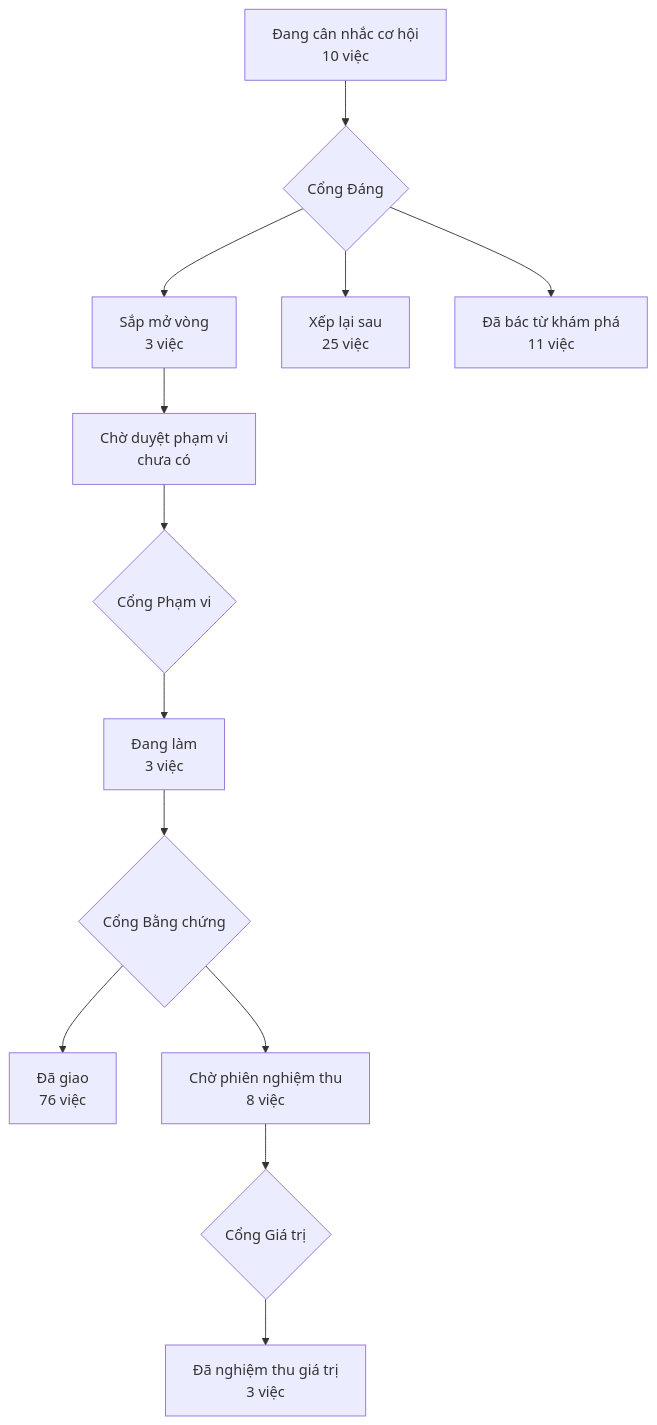
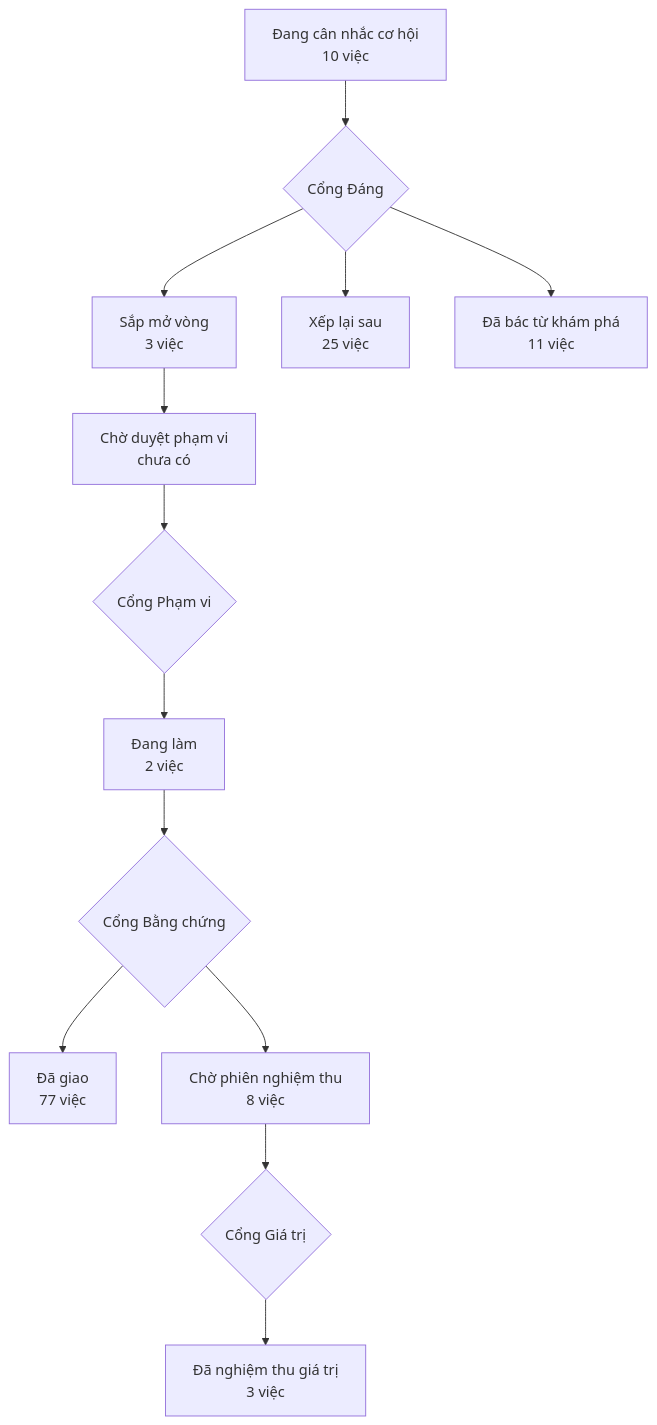
Before and after one commit to phanlemanh/acceptance-gate-kit: the diagram in PRODUCT-MAP.md, drawn with Mermaid. The commit also changed 4 other files, not shown here.

````diff
--- a/PRODUCT-MAP.md
+++ b/PRODUCT-MAP.md
@@ -6,12 +6,12 @@
 ```mermaid
 flowchart TD
   A["Đang cân nhắc cơ hội<br/>10 việc"] --> GD{"Cổng Đáng"}
   GD --> B["Sắp mở vòng<br/>3 việc"]
   GD --> XL["Xếp lại sau<br/>25 việc"]
   GD --> DB["Đã bác từ khám phá<br/>11 việc"]
   B --> CD["Chờ duyệt phạm vi<br/>chưa có"] --> GP{"Cổng Phạm vi"}
-  GP --> DL["Đang làm<br/>3 việc"] --> GB{"Cổng Bằng chứng"}
-  GB --> DG["Đã giao<br/>76 việc"]
+  GP --> DL["Đang làm<br/>2 việc"] --> GB{"Cổng Bằng chứng"}
+  GB --> DG["Đã giao<br/>77 việc"]
   GB --> CN["Chờ phiên nghiệm thu<br/>8 việc"] --> GG{"Cổng Giá trị"}
   GG --> NT["Đã nghiệm thu giá trị<br/>3 việc"]
 ```
````
